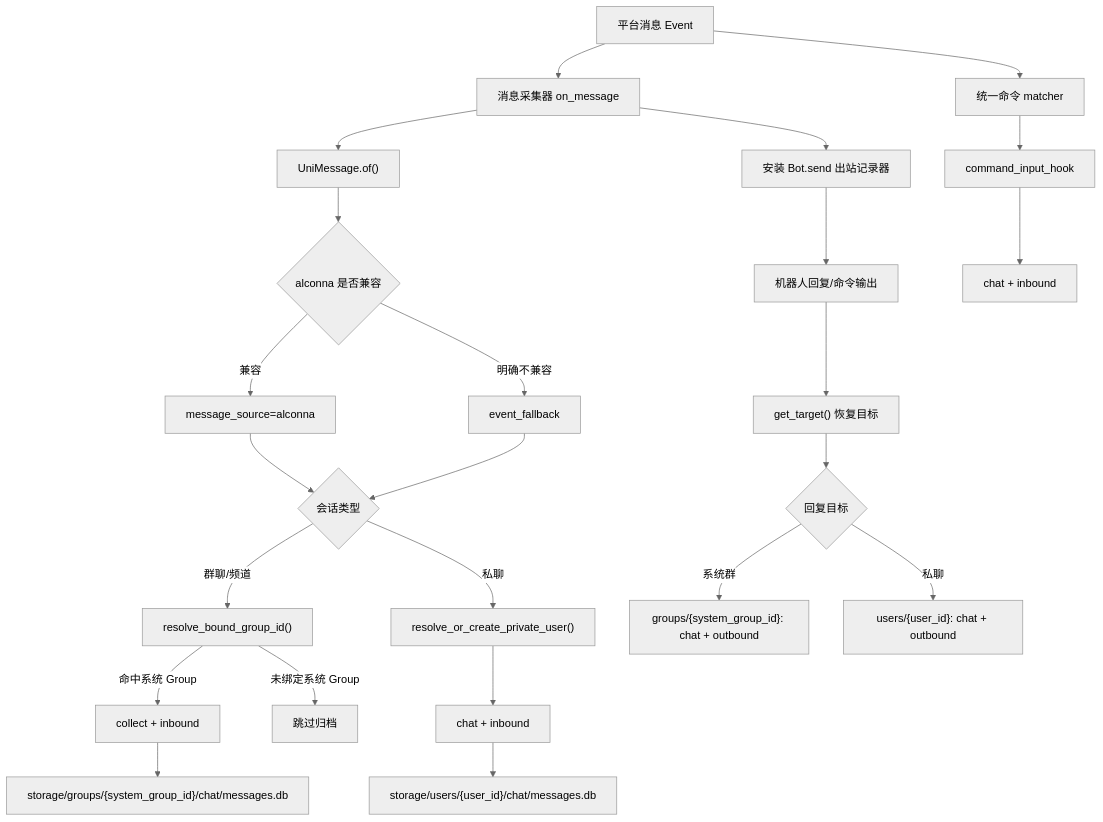
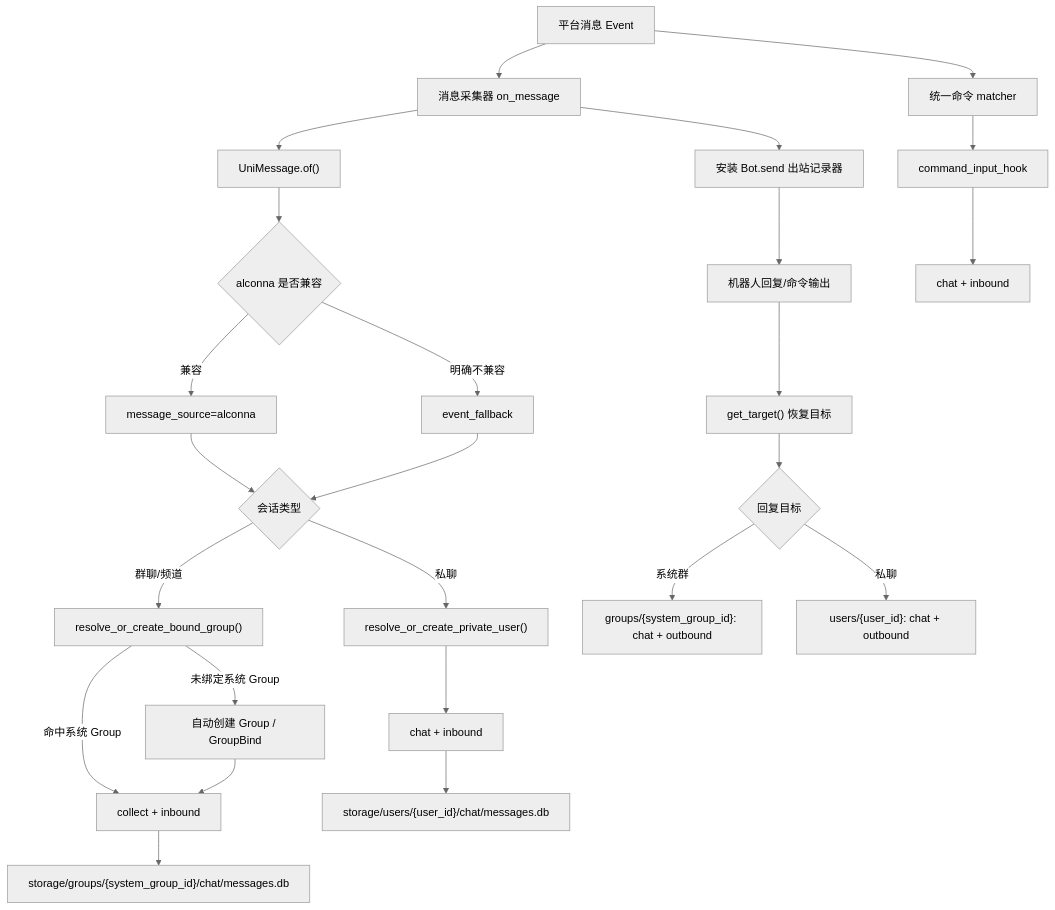
One commit to ClassRobot/ClassRobot changed the diagram in docs/guides/message-history-storage.md. Above: the diagram before and after it, drawn with Mermaid (neutral theme). The commit also changed other lines of this file and 33 other files, not shown here.

````diff
--- a/docs/guides/message-history-storage.md
+++ b/docs/guides/message-history-storage.md
@@ -126,26 +136,27 @@
 ```mermaid
 flowchart TD
     A["平台消息 Event"] --> B["消息采集器 on_message"]
     B --> C["UniMessage.of()"]
     C --> D{"alconna 是否兼容"}
     D -->|"兼容"| E["message_source=alconna"]
     D -->|"明确不兼容"| F["event_fallback"]
     E --> G{"会话类型"}
     F --> G
-    G -->|"群聊/频道"| H["resolve_bound_group_id()"]
+    G -->|"群聊/频道"| H["resolve_or_create_bound_group()"]
     G -->|"私聊"| I["resolve_or_create_private_user()"]
     H -->|"命中系统 Group"| J["collect + inbound"]
-    H -->|"未绑定系统 Group"| K["跳过归档"]
+    H -->|"未绑定系统 Group"| K["自动创建 Group / GroupBind"]
+    K --> J
     I --> L["chat + inbound"]
     J --> M["storage/groups/{system_group_id}/chat/messages.db"]
     L --> N["storage/users/{user_id}/chat/messages.db"]
     B --> O["安装 Bot.send 出站记录器"]
     O --> P["机器人回复/命令输出"]
     P --> Q["get_target() 恢复目标"]
     Q --> R{"回复目标"}
     R -->|"系统群"| S["groups/{system_group_id}: chat + outbound"]
     R -->|"私聊"| T["users/{user_id}: chat + outbound"]
     A --> U["统一命令 matcher"]
     U --> V["command_input_hook"]
     V --> W["chat + inbound"]
 ```
````
